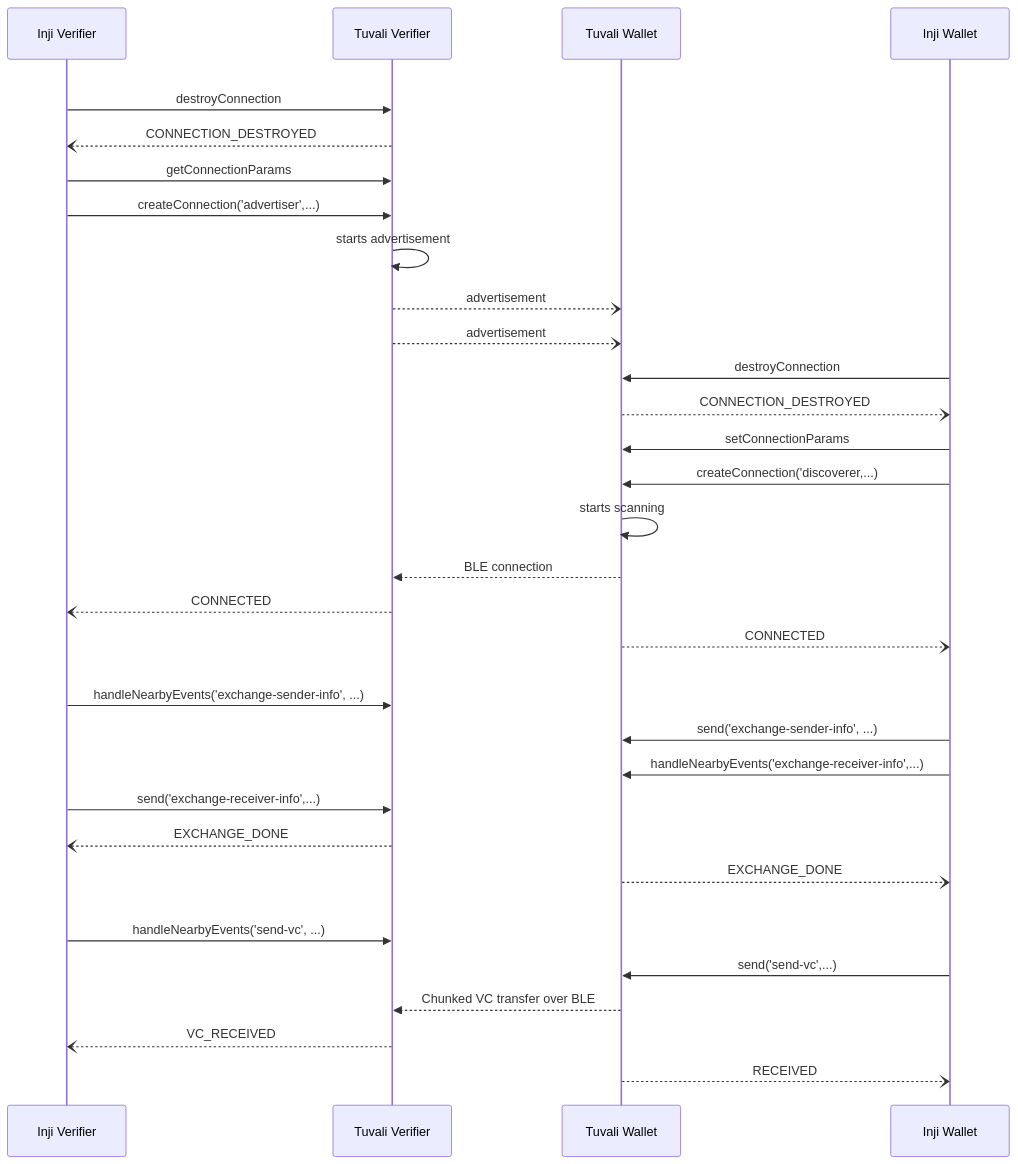
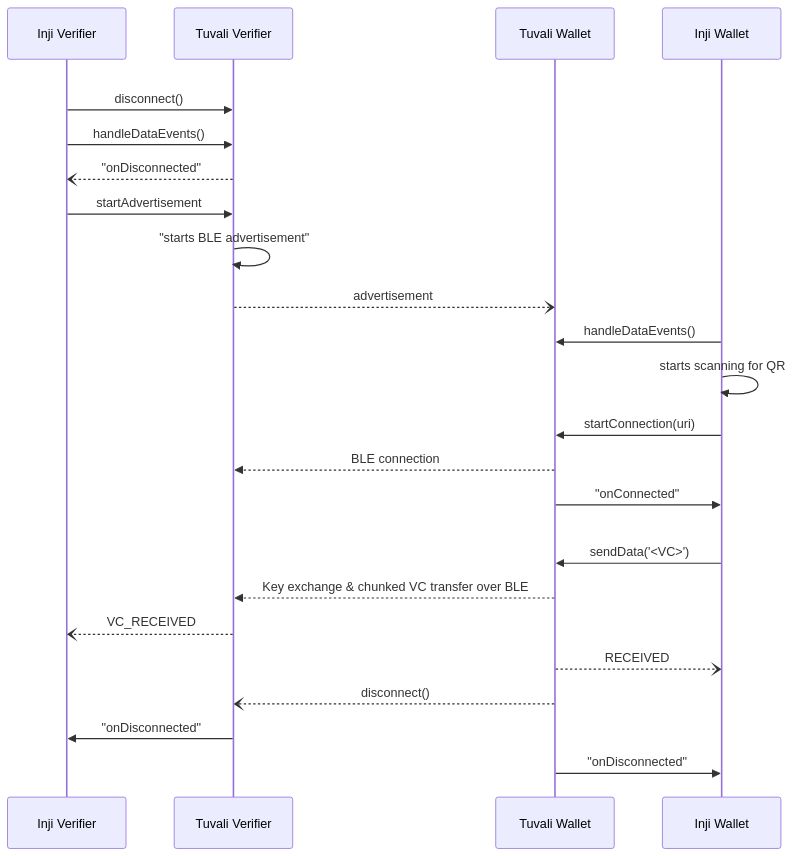
The diagram in docs/architecture/tuvali-inji.md (mosip/documentation), drawn with Mermaid before and after one commit. The commit also changed other lines of this file and 1 other file, not shown here.

Commit message:
docs(INJI-574): update tuvali docs with new sequence diagram

````diff
--- a/docs/architecture/tuvali-inji.md
+++ b/docs/architecture/tuvali-inji.md
@@ -139,53 +139,38 @@
 ```mermaid
 sequenceDiagram
     participant Inji Verifier
     participant Tuvali Verifier
 
     participant Tuvali Wallet
     participant Inji Wallet
     
     rect white
-        Inji Verifier ->> Tuvali Verifier: destroyConnection
-        Tuvali Verifier --) Inji Verifier: CONNECTION_DESTROYED
+        Inji Verifier ->> Tuvali Verifier: disconnect()
+        Inji Verifier ->> Tuvali Verifier: handleDataEvents()
+        Tuvali Verifier --) Inji Verifier: "onDisconnected"
 
-        Inji Verifier ->> Tuvali Verifier: getConnectionParams
-        Inji Verifier ->> Tuvali Verifier: createConnection('advertiser',...)
-        Tuvali Verifier ->> Tuvali Verifier: starts advertisement
+        Inji Verifier ->> Tuvali Verifier: startAdvertisement
+        Tuvali Verifier ->> Tuvali Verifier: "starts BLE advertisement"
 
         Tuvali Verifier --) Tuvali Wallet: advertisement
-        Tuvali Verifier --) Tuvali Wallet: advertisement
-        
+        Inji Wallet ->> Tuvali Wallet: handleDataEvents()
 
-        Inji Wallet ->> Tuvali Wallet: destroyConnection
-        Tuvali Wallet --) Inji Wallet: CONNECTION_DESTROYED
+        Inji Wallet ->> Inji Wallet: starts scanning for QR
 
-        Inji Wallet ->> Tuvali Wallet: setConnectionParams
-        Inji Wallet ->> Tuvali Wallet: createConnection('discoverer,...)
-        Tuvali Wallet ->> Tuvali Wallet: starts scanning
+        Inji Wallet ->> Tuvali Wallet: startConnection(uri)
+
 
         Tuvali Wallet -->> Tuvali Verifier: BLE connection
-        Tuvali Verifier --) Inji Verifier: CONNECTED
-        Tuvali Wallet --) Inji Wallet: CONNECTED
+        Tuvali Wallet ->> Inji Wallet: "onConnected"
     end
 
     rect white
-        Inji Verifier ->> Tuvali Verifier: handleNearbyEvents('exchange-sender-info', ...)
-        Inji Wallet ->> Tuvali Wallet: send('exchange-sender-info', ...)
-
-        Inji Wallet ->> Tuvali Wallet: handleNearbyEvents('exchange-receiver-info',...)
-        Inji Verifier ->> Tuvali Verifier: send('exchange-receiver-info',...)
-        
-        Tuvali Verifier --) Inji Verifier: EXCHANGE_DONE
-        Tuvali Wallet --) Inji Wallet: EXCHANGE_DONE
-    end
-
-    rect white
-        Inji Verifier ->> Tuvali Verifier: handleNearbyEvents('send-vc', ...)
-        Inji Wallet ->> Tuvali Wallet: send('send-vc',...)
-
-        Tuvali Wallet -->> Tuvali Verifier: Chunked VC transfer over BLE
-
+        Inji Wallet ->> Tuvali Wallet: sendData('<VC>')
+        Tuvali Wallet -->> Tuvali Verifier: Key exchange & chunked VC transfer over BLE
         Tuvali Verifier --) Inji Verifier: VC_RECEIVED
         Tuvali Wallet --) Inji Wallet: RECEIVED
+        Tuvali Wallet --) Tuvali Verifier: disconnect()
+        Tuvali Verifier ->> Inji Verifier: "onDisconnected"
+        Tuvali Wallet ->> Inji Wallet: "onDisconnected"
     end
 ```
````
